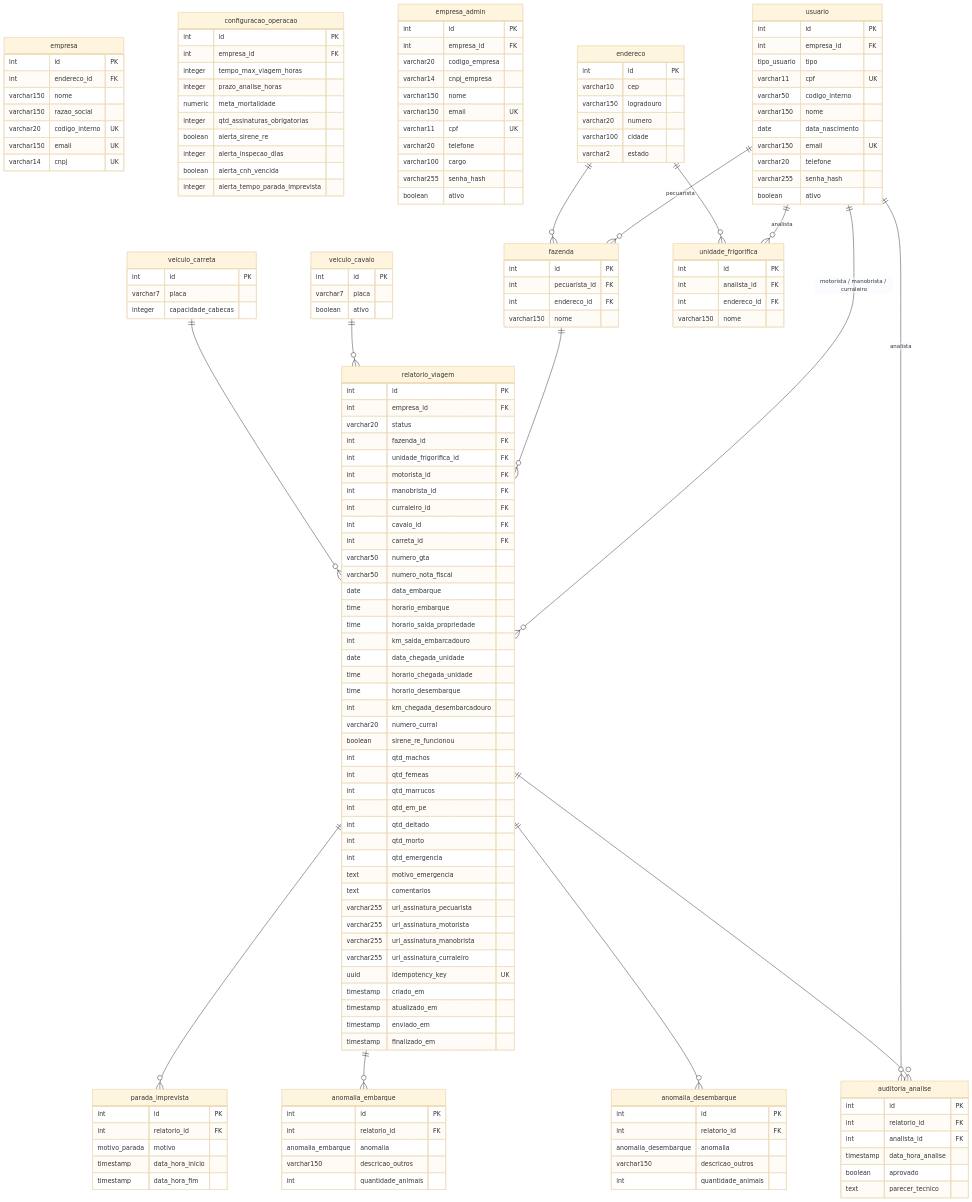
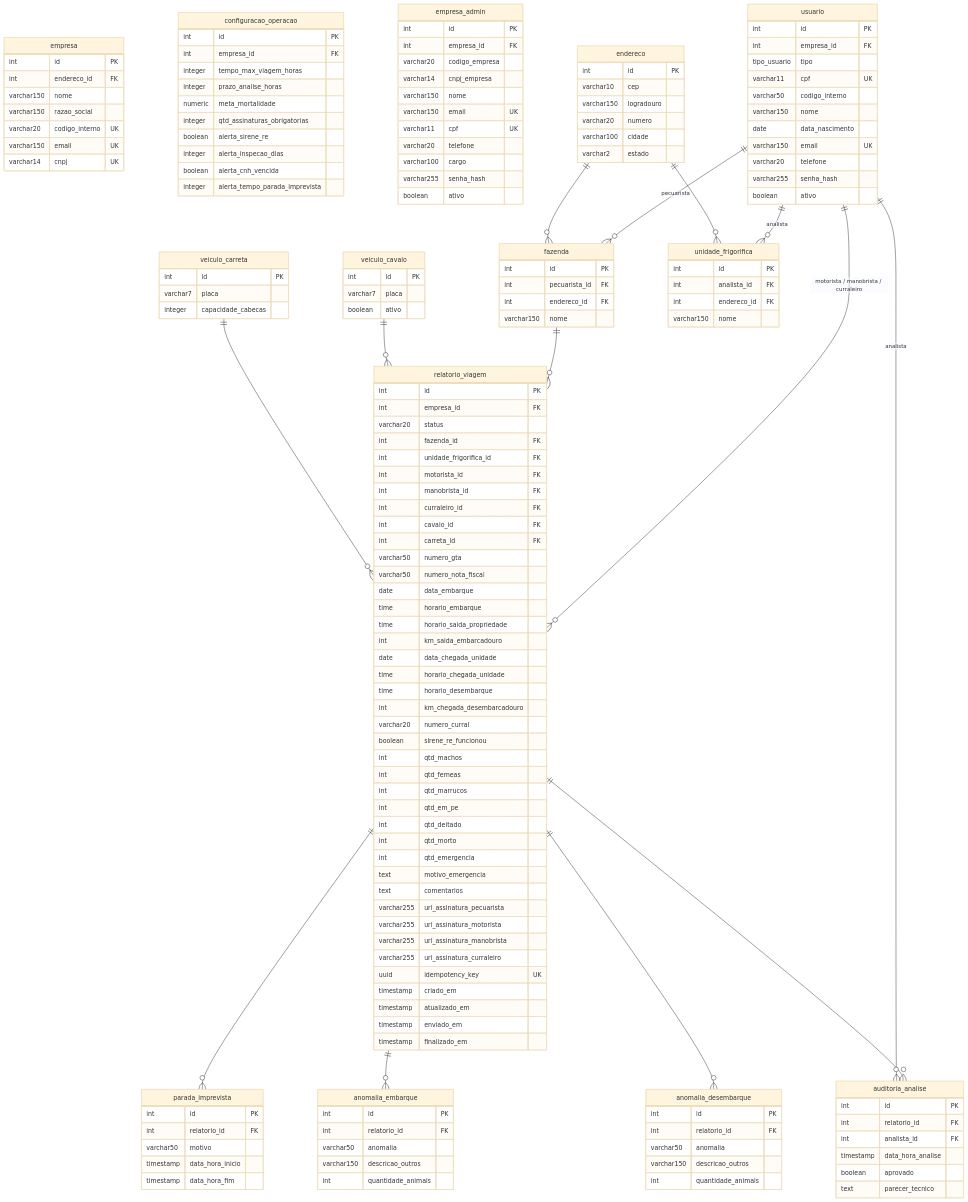
The diagram in docs/DATABASE_DIAGRAM.md (Efficientia/Efficientia-API), drawn with Mermaid (base theme) before and after one commit. The commit also changed other lines of this file and 9 other files, not shown here.

```diff
--- a/docs/DATABASE_DIAGRAM.md
+++ b/docs/DATABASE_DIAGRAM.md
@@ -139,7 +139,7 @@
     parada_imprevista {
         int id PK
         int relatorio_id FK
-        motivo_parada motivo
+        varchar50 motivo
         timestamp data_hora_inicio
         timestamp data_hora_fim
     }
@@ -147,7 +147,7 @@
     anomalia_embarque {
         int id PK
         int relatorio_id FK
-        anomalia_embarque anomalia
+        varchar50 anomalia
         varchar150 descricao_outros
         int quantidade_animais
     }
@@ -155,7 +155,7 @@
     anomalia_desembarque {
         int id PK
         int relatorio_id FK
-        anomalia_desembarque anomalia
+        varchar50 anomalia
         varchar150 descricao_outros
         int quantidade_animais
     }
```
